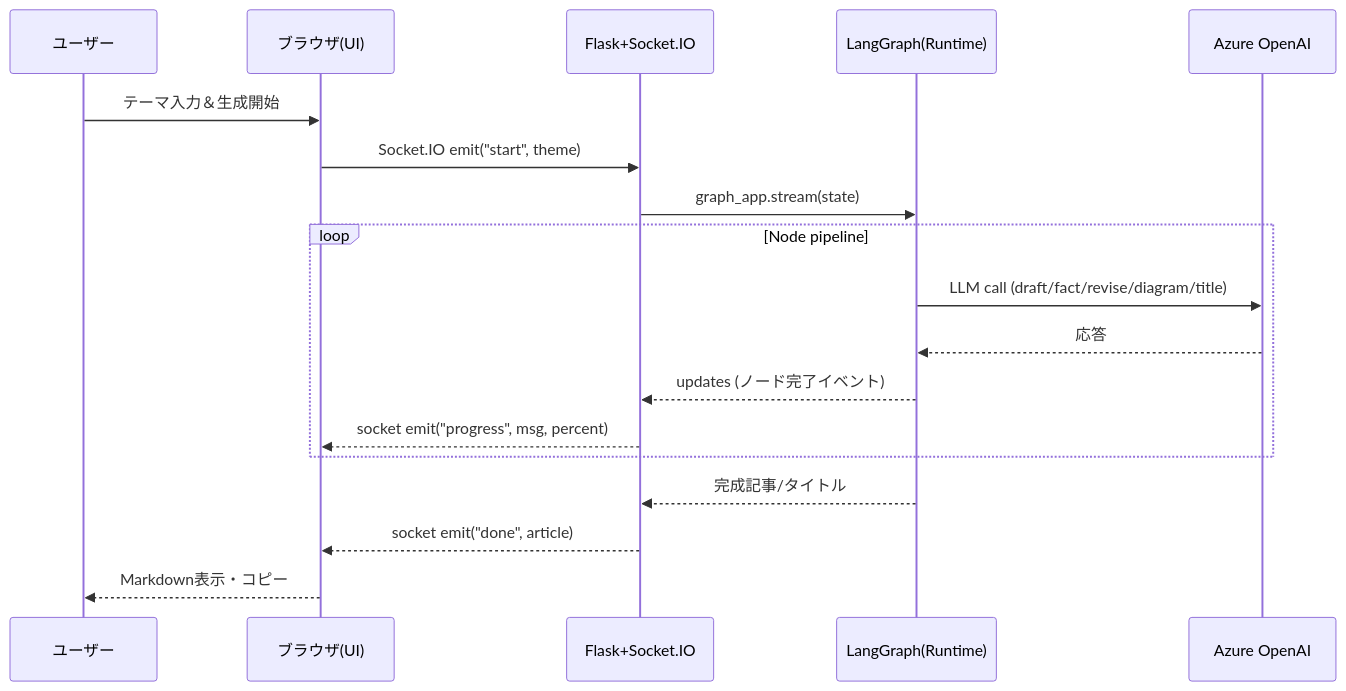
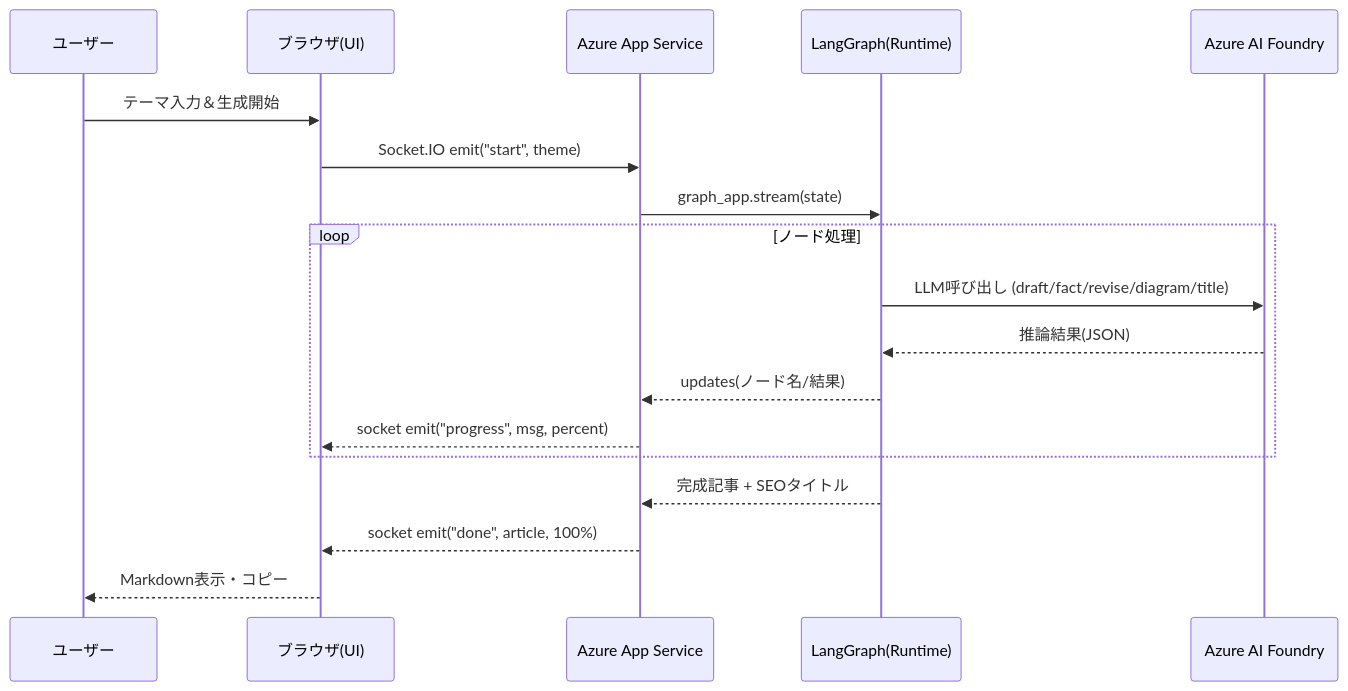
The third of 3 diagrams in article.md (Ken-kichi/create-article-p), drawn with Mermaid before and after one commit. The commit also changed other lines of this file, not shown here.

````diff
--- a/article.md
+++ b/article.md
@@ -49,21 +139,21 @@
 ```mermaid
 sequenceDiagram
   participant User as ユーザー
   participant Browser as ブラウザ(UI)
-  participant Flask as Flask+Socket.IO
+  participant AppService as Azure App Service
   participant LangGraph as LangGraph(Runtime)
-  participant Azure as Azure OpenAI
+  participant Foundry as Azure AI Foundry
 
   User->>Browser: テーマ入力＆生成開始
-  Browser->>Flask: Socket.IO emit("start", theme)
-  Flask->>LangGraph: graph_app.stream(state)
-  loop Node pipeline
-    LangGraph->>Azure: LLM call (draft/fact/revise/diagram/title)
-    Azure-->>LangGraph: 応答
-    LangGraph-->>Flask: updates (ノード完了イベント)
-    Flask-->>Browser: socket emit("progress", msg, percent)
+  Browser->>AppService: Socket.IO emit("start", theme)
+  AppService->>LangGraph: graph_app.stream(state)
+  loop ノード処理
+    LangGraph->>Foundry: LLM呼び出し (draft/fact/revise/diagram/title)
+    Foundry-->>LangGraph: 推論結果(JSON)
+    LangGraph-->>AppService: updates(ノード名/結果)
+    AppService-->>Browser: socket emit("progress", msg, percent)
   end
-  LangGraph-->>Flask: 完成記事/タイトル
-  Flask-->>Browser: socket emit("done", article)
+  LangGraph-->>AppService: 完成記事 + SEOタイトル
+  AppService-->>Browser: socket emit("done", article, 100%)
   Browser-->>User: Markdown表示・コピー
 ```
````
